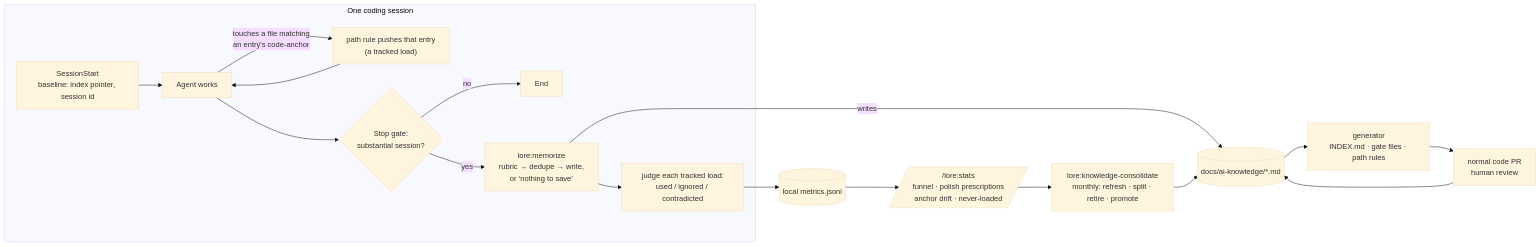
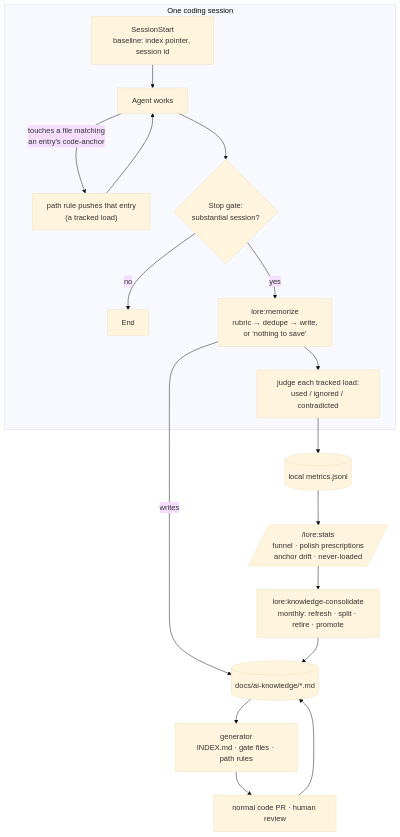
One commit to notverysalty/lore-plugin changed the diagram in README.md. Above: the diagram before and after it, drawn with Mermaid (base theme). The commit also changed 1 other file, not shown here.

Commit message:
docs: lay the How-it-works diagram out top-down
Left-to-right, the 14-node flow rendered as a thin strip at README width with
unreadable labels. Top-down keeps every label legible in the README column.

````diff
--- a/README.md
+++ b/README.md
@@ -23,20 +23,20 @@
 ```mermaid
-flowchart LR
+flowchart TB
   subgraph session["One coding session"]
     A["SessionStart<br/>baseline: index pointer, session id"] --> B["Agent works"]
     B -->|"touches a file matching<br/>an entry's code-anchor"| C["path rule pushes that entry<br/>(a tracked load)"]
     C --> B
     B --> D{"Stop gate:<br/>substantial session?"}
     D -->|no| E["End"]
     D -->|yes| F["lore:memorize<br/>rubric → dedupe → write,<br/>or ‘nothing to save’"]
     F --> G["judge each tracked load:<br/>used / ignored / contradicted"]
   end
   F -->|writes| K[("docs/ai-knowledge/*.md")]
   K --> H["generator<br/>INDEX.md · gate files · path rules"]
-  H --> I["normal code PR<br/>human review"]
+  H --> I["normal code PR · human review"]
   I --> K
   G --> M[("local metrics.jsonl")]
   M --> S[/"/lore:stats<br/>funnel · polish prescriptions<br/>anchor drift · never-loaded"/]
   S --> N["lore:knowledge-consolidate<br/>monthly: refresh · split · retire · promote"]
   N --> K
 ```
````
